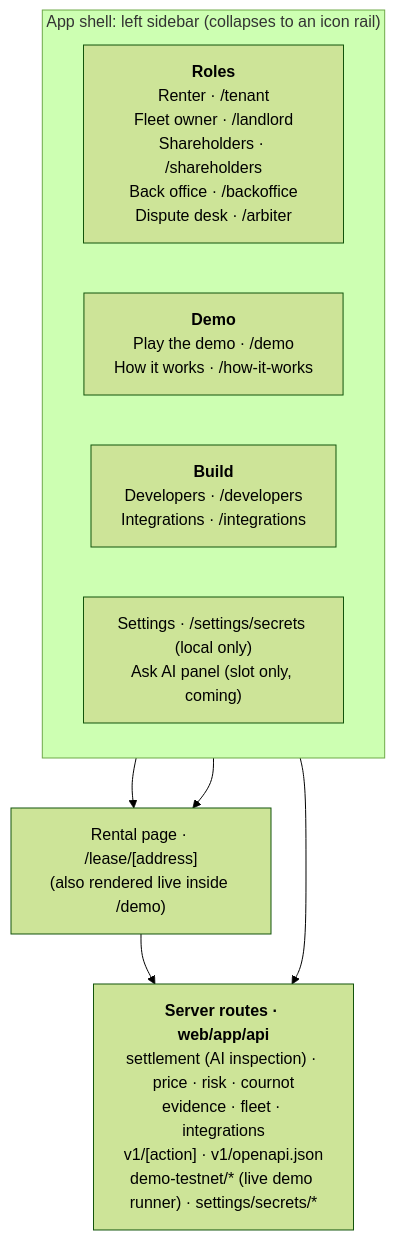
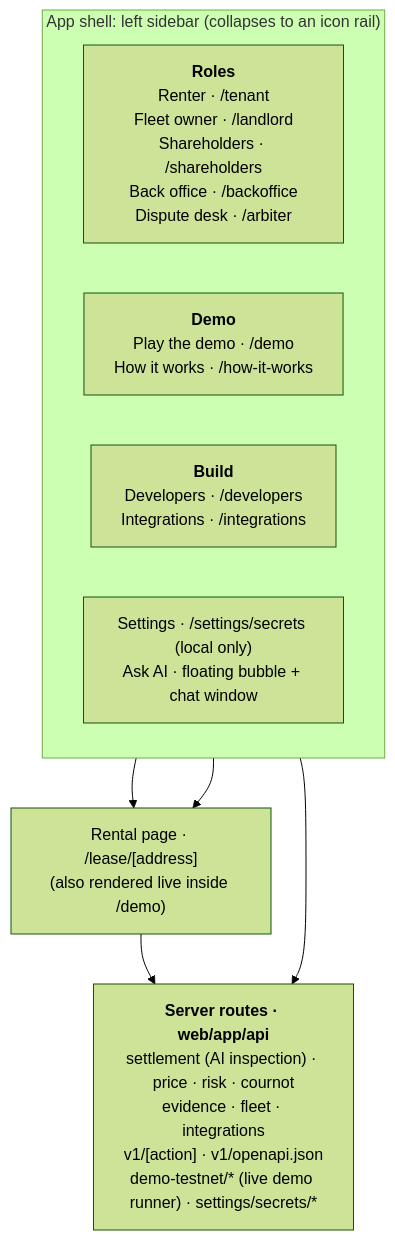
The third of 12 diagrams in docs/ARCHITECTURE.md (midego1/bnb-hackathon), drawn with Mermaid (forest theme) before and after one commit. The commit also changed other lines of this file and 3 other files, not shown here.

Commit message:
docs: Ask AI is a floating chat bubble (ASSISTANT, ARCHITECTURE, web README, glossary)

````diff
--- a/docs/ARCHITECTURE.md
+++ b/docs/ARCHITECTURE.md
@@ -119,15 +119,15 @@
 ```mermaid
 flowchart TB
     subgraph Shell["App shell: left sidebar (collapses to an icon rail)"]
         direction LR
         RO["<b>Roles</b><br/>Renter · /tenant<br/>Fleet owner · /landlord<br/>Shareholders · /shareholders<br/>Back office · /backoffice<br/>Dispute desk · /arbiter"]
         DM["<b>Demo</b><br/>Play the demo · /demo<br/>How it works · /how-it-works"]
         BU["<b>Build</b><br/>Developers · /developers<br/>Integrations · /integrations"]
-        EX["Settings · /settings/secrets (local only)<br/>Ask AI panel (slot only, coming)"]
+        EX["Settings · /settings/secrets (local only)<br/>Ask AI · floating bubble + chat window"]
     end
     LD["Rental page · /lease/[address]<br/>(also rendered live inside /demo)"]
     API["<b>Server routes · web/app/api</b><br/>settlement (AI inspection) · price · risk · cournot<br/>evidence · fleet · integrations<br/>v1/[action] · v1/openapi.json<br/>demo-testnet/* (live demo runner) · settings/secrets/*"]
     RO & DM --> LD
     Shell --> API
     LD --> API
 ```
````
